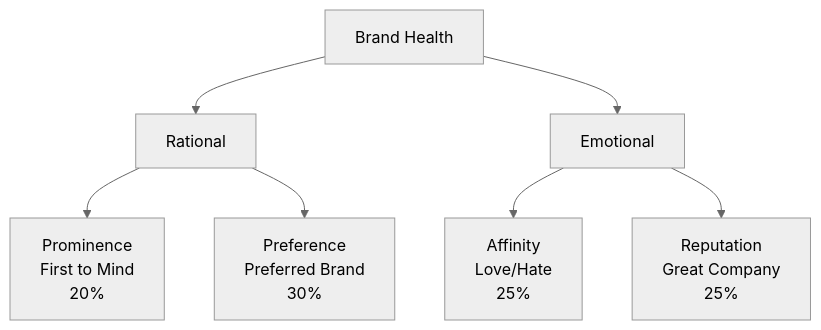
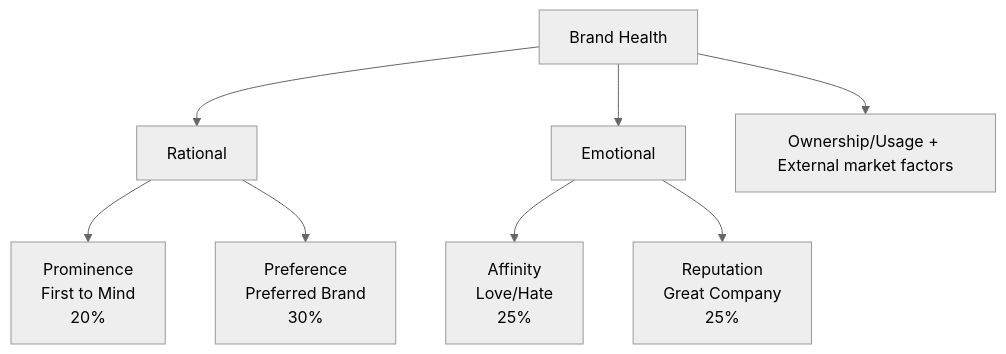
Before and after one commit to siddharthjena-brandscapes/Klarifai-Notebook: the diagram in backend/markdown_files/24_-_Kenya_-_BHT_-_Report_310724.md, drawn with Mermaid (neutral theme). The commit also changed other lines of this file and 20 other files, not shown here.

````diff
--- a/backend/markdown_files/24_-_Kenya_-_BHT_-_Report_310724.md
+++ b/backend/markdown_files/24_-_Kenya_-_BHT_-_Report_310724.md
@@ -1151,16 +1126,24 @@
 ```mermaid
 graph TD
     A[Brand Health]
     B[Rational]
     C[Emotional]
     D[Prominence]
     E[Preference]
     F[Affinity]
     G[Reputation]
+    H[Ownership/Usage + External market factors]
+
     A --> B
     A --> C
-    B --> D[Prominence<br>First to Mind<br>20%]
-    B --> E[Preference<br>Preferred Brand<br>30%]
-    C --> F[Affinity<br>Love/Hate<br>25%]
-    C --> G[Reputation<br>Great Company<br>25%]
+    B --> D
+    B --> E
+    C --> F
+    C --> G
+    A --> H
+
+    D[Prominence<br>First to Mind<br>20%]
+    E[Preference<br>Preferred Brand<br>30%]
+    F[Affinity<br>Love/Hate<br>25%]
+    G[Reputation<br>Great Company<br>25%]
 ```
````
